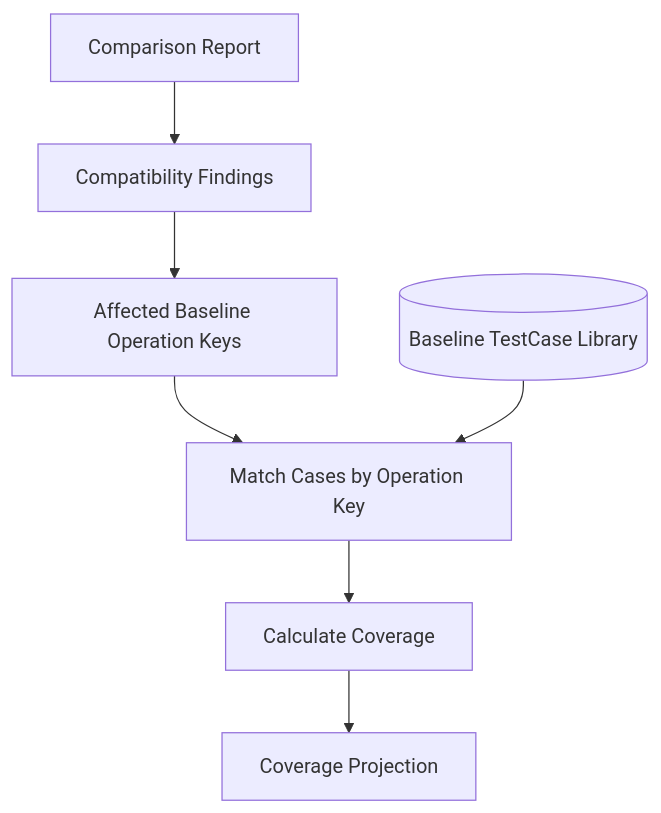
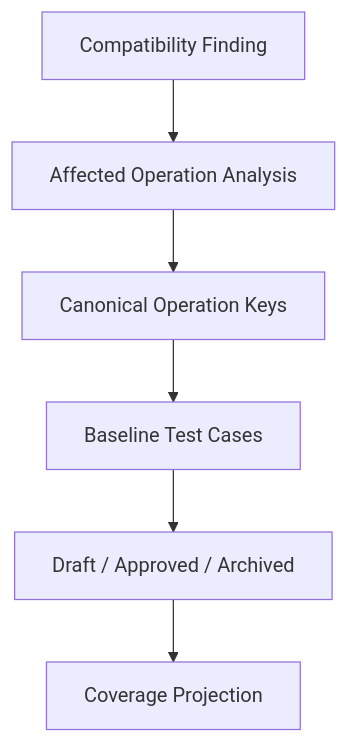
The sixth of 9 diagrams in docs/Architecture.md (Swayam-Aggarwal/ContractGuard), drawn with Mermaid before and after one commit. The commit also changed other lines of this file and 40 other files, not shown here.

````diff
--- a/docs/Architecture.md
+++ b/docs/Architecture.md
@@ -588,17 +346,15 @@
 ```mermaid
 flowchart TD
-    REPORT["Comparison Report"]
-    FINDINGS["Compatibility Findings"]
-    AFFECTED["Affected Baseline Operation Keys"]
-    CASES[("Baseline TestCase Library")]
-    MATCH["Match Cases by Operation Key"]
-    CLASSIFY["Calculate Coverage"]
-    RESULT["Coverage Projection"]
+    Finding["Compatibility Finding"]
+    Impact["Affected Operation Analysis"]
+    OperationKeys["Canonical Operation Keys"]
+    Cases["Baseline Test Cases"]
+    Status["Draft / Approved / Archived"]
+    Coverage["Coverage Projection"]
 
-    REPORT --> FINDINGS
-    FINDINGS --> AFFECTED
-    AFFECTED --> MATCH
-    CASES --> MATCH
-    MATCH --> CLASSIFY
-    CLASSIFY --> RESULT
+    Finding --> Impact
+    Impact --> OperationKeys
+    OperationKeys --> Cases
+    Cases --> Status
+    Status --> Coverage
 ```
````
